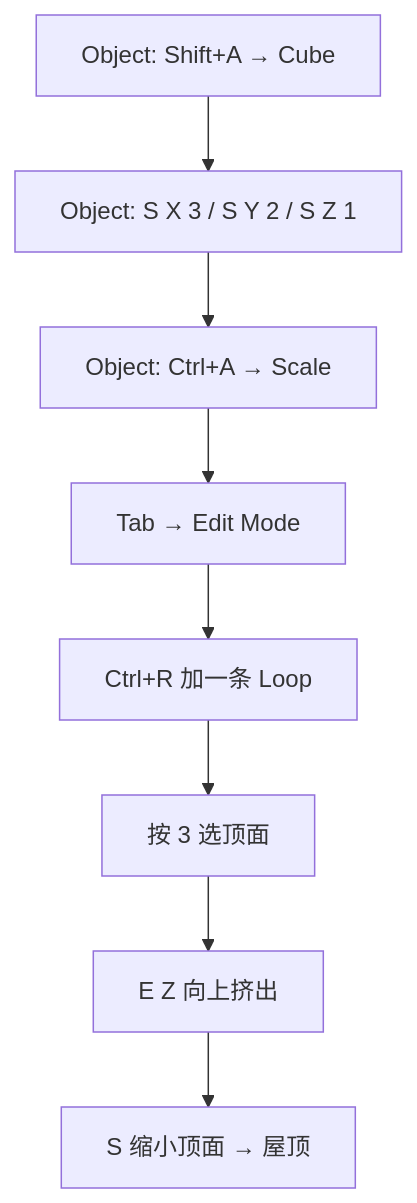
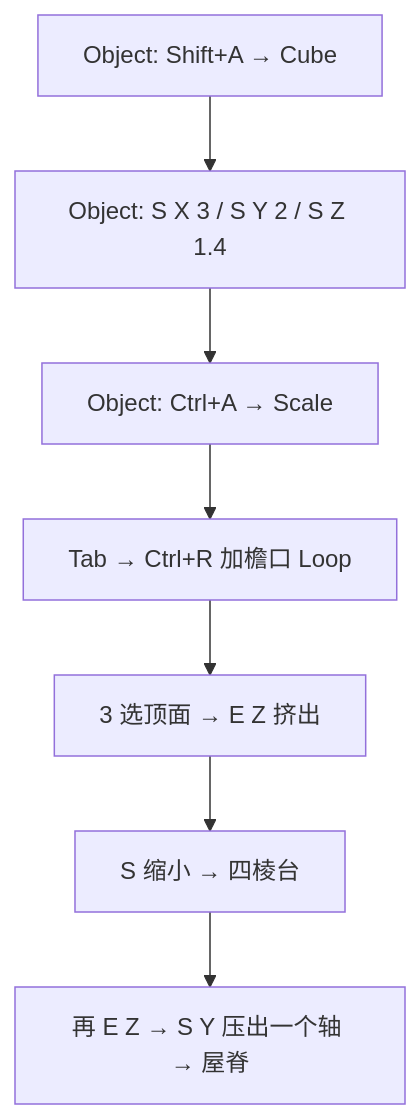
One commit to liuchamp/blenderdsv1 changed the third of 8 diagrams in Blender笔记/00-基础/08-实战练习集.md. Above: the diagram before and after it, drawn with Mermaid. The commit also changed other lines of this file and 16 other files, not shown here.

````diff
--- a/Blender笔记/00-基础/08-实战练习集.md
+++ b/Blender笔记/00-基础/08-实战练习集.md
@@ -13,12 +86,11 @@
 ```mermaid
 flowchart TD
     S1["Object: Shift+A → Cube"]
-    S2["Object: S X 3 / S Y 2 / S Z 1"]
+    S2["Object: S X 3 / S Y 2 / S Z 1.4"]
     S3["Object: Ctrl+A → Scale"]
-    S4["Tab → Edit Mode"]
-    S5["Ctrl+R 加一条 Loop"]
-    S6["按 3 选顶面"]
-    S7["E Z 向上挤出"]
-    S8["S 缩小顶面 → 屋顶"]
-    S1 --> S2 --> S3 --> S4 --> S5 --> S6 --> S7 --> S8
+    S4["Tab → Ctrl+R 加檐口 Loop"]
+    S5["3 选顶面 → E Z 挤出"]
+    S6["S 缩小 → 四棱台"]
+    S7["再 E Z → S Y 压出一个轴 → 屋脊"]
+    S1 --> S2 --> S3 --> S4 --> S5 --> S6 --> S7
 ```
````
